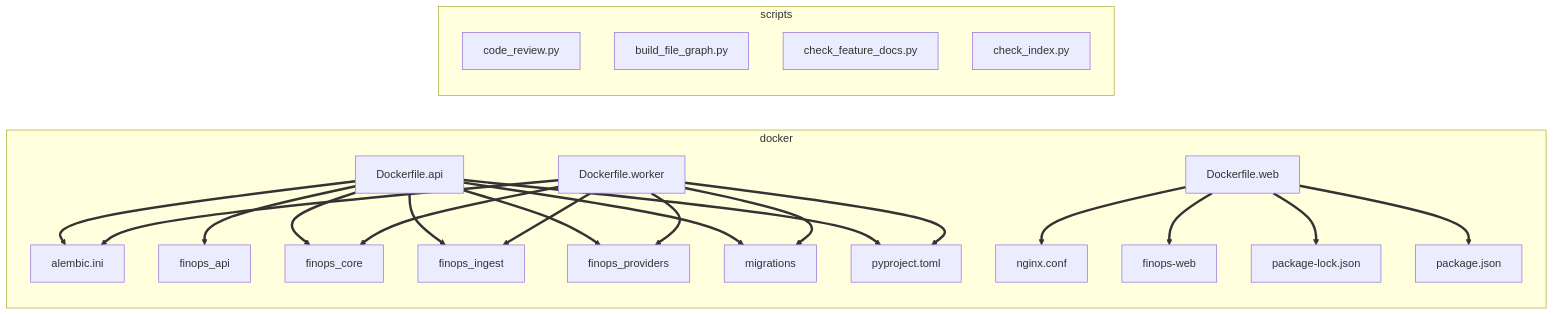
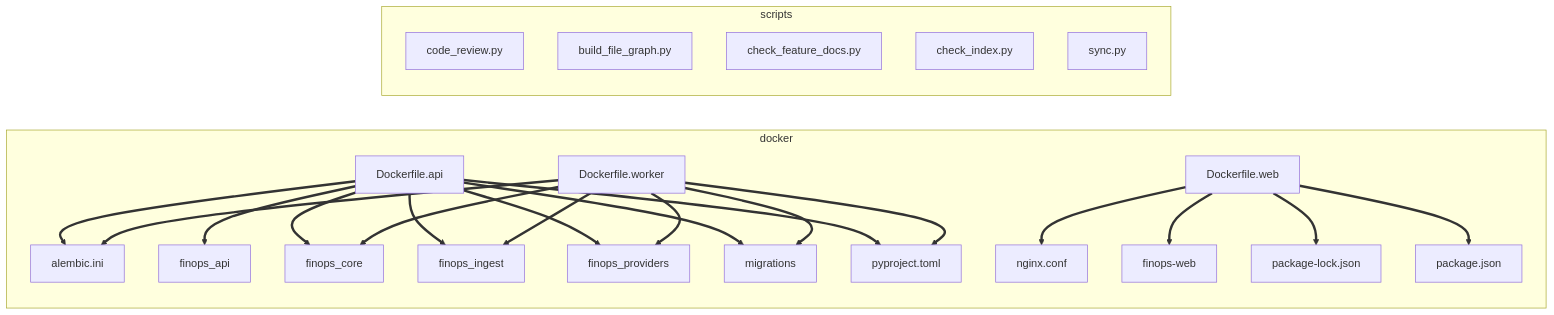
The diagram in docs/architecture/file-graph.md (supersaiyane/meter), drawn with Mermaid before and after one commit. The commit also changed other lines of this file and 26 other files, not shown here.

````diff
--- a/docs/architecture/file-graph.md
+++ b/docs/architecture/file-graph.md
@@ -12,42 +12,43 @@
 ```mermaid
 graph LR
   subgraph docker["docker"]
     n0["Dockerfile.api"]
     n1["Dockerfile.web"]
     n2["Dockerfile.worker"]
     n3["alembic.ini"]
     n4["nginx.conf"]
     n5["finops-web"]
     n6["package-lock.json"]
     n7["package.json"]
     n8["finops_api"]
     n9["finops_core"]
     n10["finops_ingest"]
     n11["finops_providers"]
     n12["migrations"]
     n13["pyproject.toml"]
   end
   subgraph scripts["scripts"]
     n14["code_review.py"]
     n15["build_file_graph.py"]
     n16["check_feature_docs.py"]
     n17["check_index.py"]
+    n18["sync.py"]
   end
   n0 ==> n3
   n0 ==> n8
   n0 ==> n9
   n0 ==> n10
   n0 ==> n11
   n0 ==> n12
   n0 ==> n13
   n1 ==> n4
   n1 ==> n5
   n1 ==> n6
   n1 ==> n7
   n2 ==> n3
   n2 ==> n9
   n2 ==> n10
   n2 ==> n11
   n2 ==> n12
   n2 ==> n13
 ```
````
